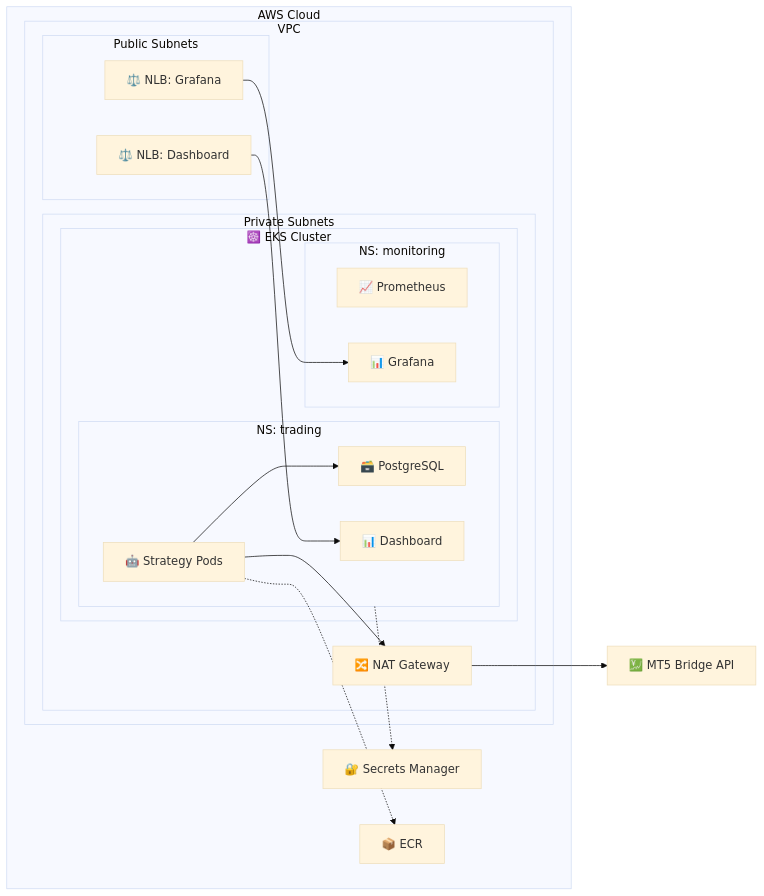
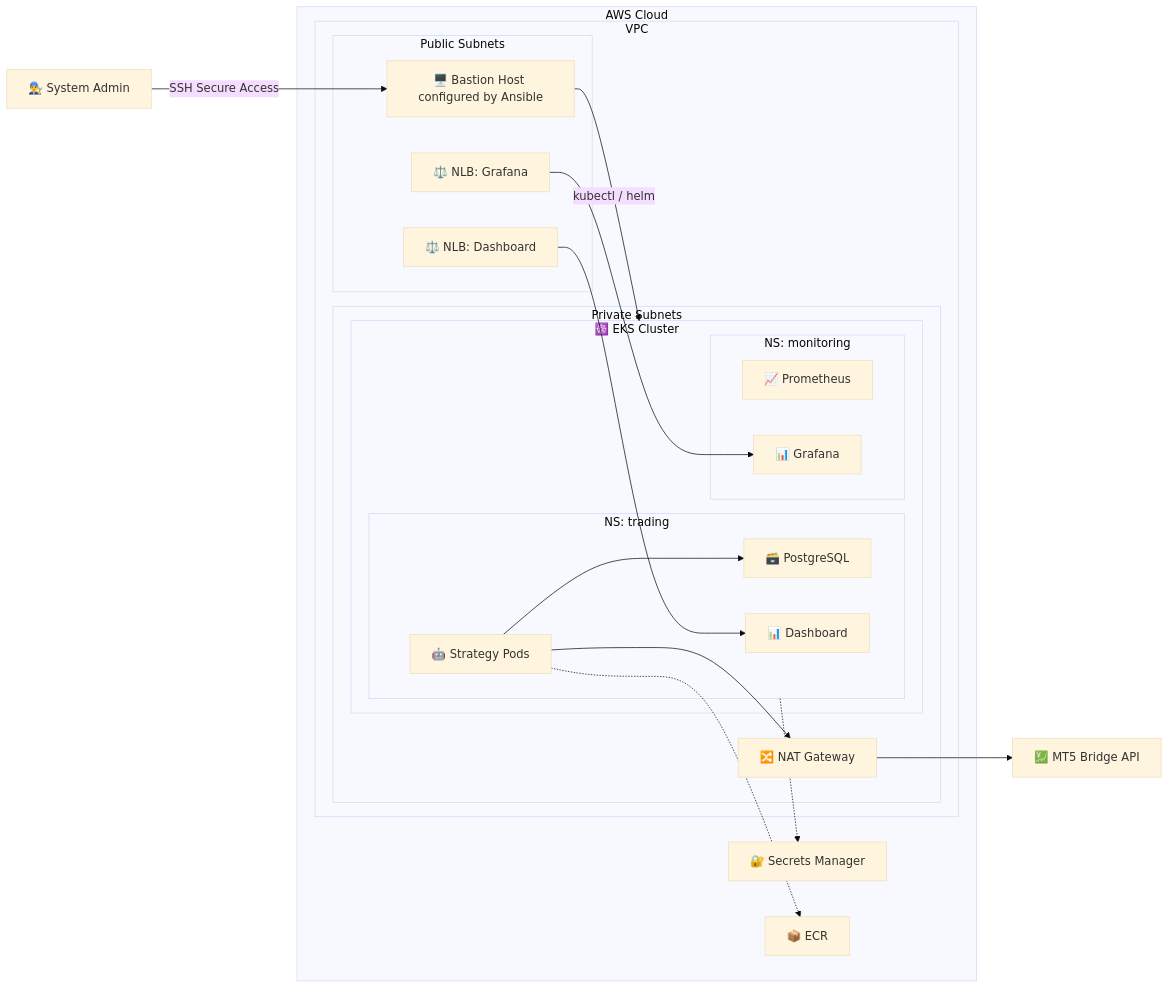
Before and after one commit to kaushalpatil205/algofleet-orchestrator: the fourth of 4 diagrams in flowchart/flowchart.md, drawn with Mermaid (base theme). The commit also changed other lines of this file and 1 other file, not shown here.

Commit message:
docs: remove specific strategy and instrument names, integrate Jenkins and Ansible, fix Mermaid syntax

````diff
--- a/flowchart/flowchart.md
+++ b/flowchart/flowchart.md
@@ -63,39 +67,44 @@
 ```mermaid
 flowchart LR
     subgraph AWS["AWS Cloud"]
         subgraph VPC["VPC"]
             subgraph PUB["Public Subnets"]
                 NLB1["⚖️ NLB: Dashboard"]
                 NLB2["⚖️ NLB: Grafana"]
+                BASTION["🖥️ Bastion Host configured by Ansible"]
             end
             
             subgraph PRIV["Private Subnets"]
                 subgraph EKS["☸️ EKS Cluster"]
                     subgraph TRADING["NS: trading"]
                         BOTS["🤖 Strategy Pods"]
                         PG["🗃️ PostgreSQL"]
                         DASH["📊 Dashboard"]
                     end
                     
                     subgraph MON["NS: monitoring"]
                         PROM["📈 Prometheus"]
                         GRAF["📊 Grafana"]
                     end
                 end
                 NAT["🔀 NAT Gateway"]
             end
         end
         
         SM["🔐 Secrets Manager"]
         ECR["📦 ECR"]
     end
     
     MT5["💹 MT5 Bridge API"]
+    ADMIN["👨‍🔧 System Admin"]
     
     NLB1 --> DASH
     NLB2 --> GRAF
     BOTS --> NAT --> MT5
     BOTS --> PG
     BOTS -.-> ECR
     TRADING -.-> SM
+    
+    ADMIN -->|SSH Secure Access| BASTION
+    BASTION -->|kubectl / helm| EKS
 ```
````
